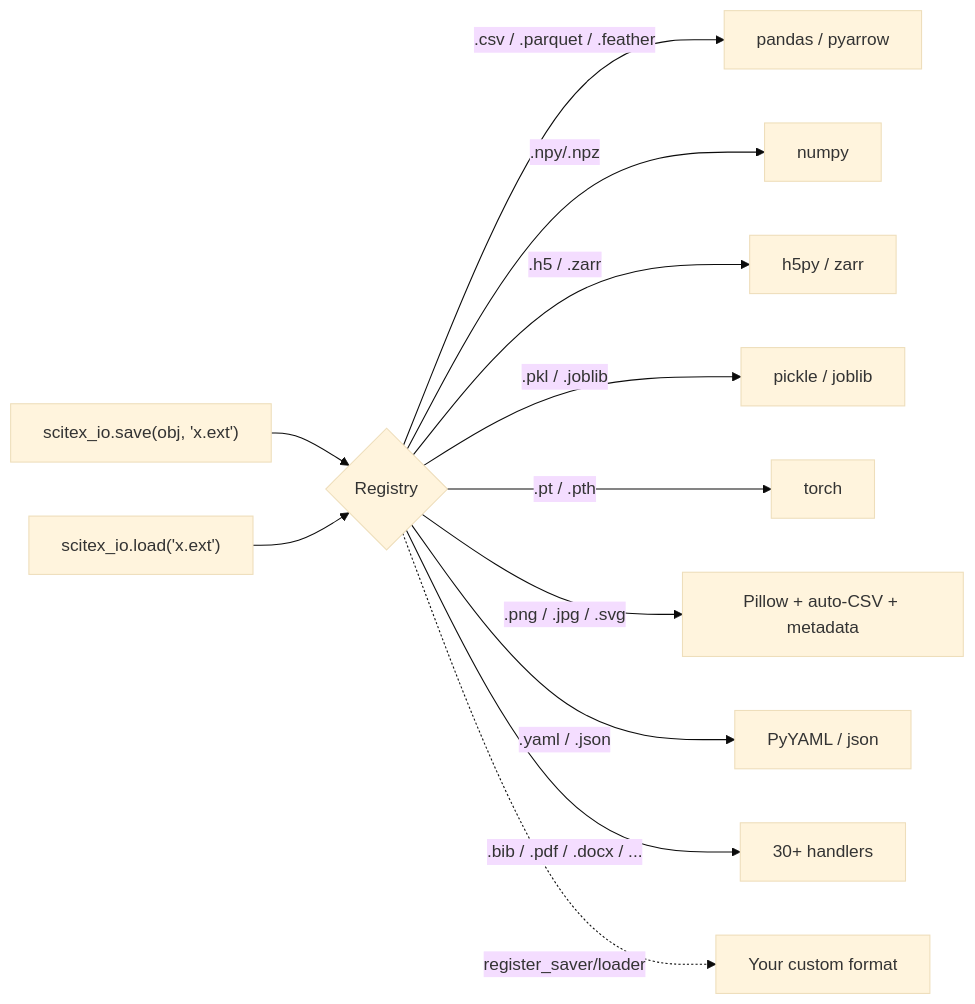
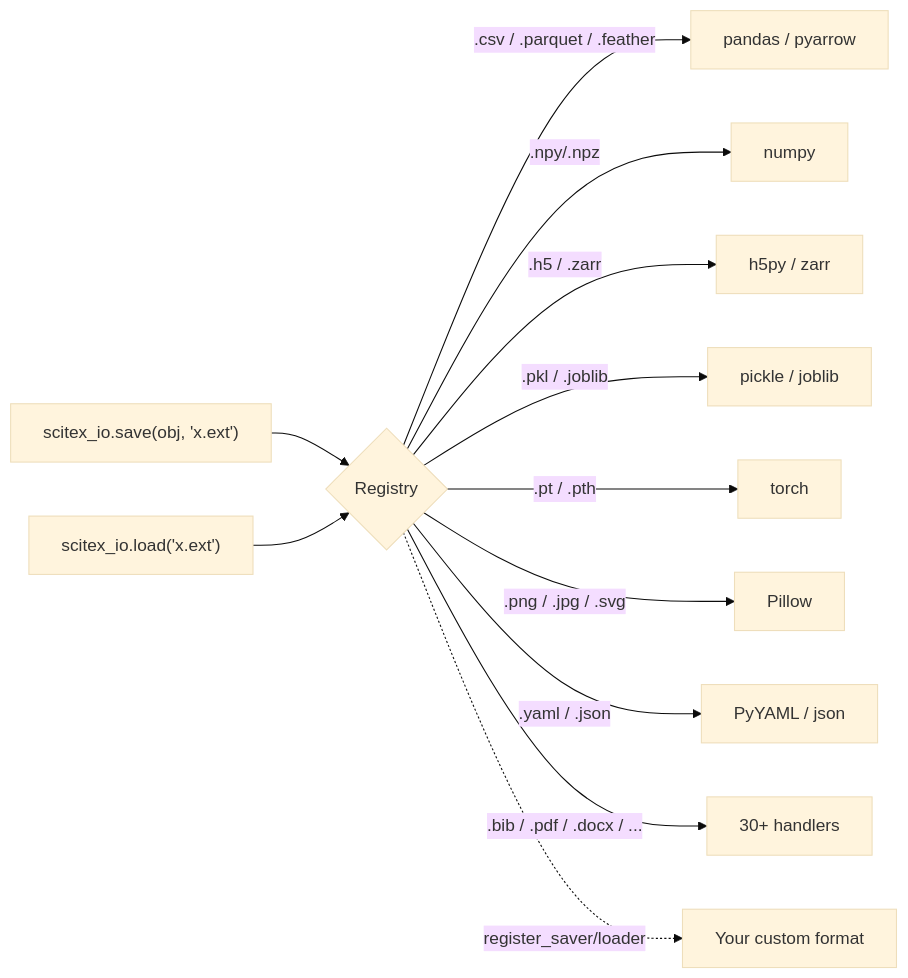
Before and after one commit to ywatanabe1989/scitex-io: the first of 2 diagrams in README.md, drawn with Mermaid (base theme). The commit also changed other lines of this file, not shown here.

Commit message:
docs(readme): drop figrecipe-synergy leftovers (auto-CSV sidecar in mermaid, demo comment, no_csv example)

````diff
--- a/README.md
+++ b/README.md
@@ -109,14 +106,14 @@
 ```mermaid
 flowchart LR
     A["scitex_io.save(obj, 'x.ext')"] --> B{Registry}
     L["scitex_io.load('x.ext')"] --> B
     B -->|.csv / .parquet / .feather| C[pandas / pyarrow]
     B -->|.npy/.npz| D[numpy]
     B -->|.h5 / .zarr| E[h5py / zarr]
     B -->|.pkl / .joblib| F[pickle / joblib]
     B -->|.pt / .pth| G[torch]
-    B -->|.png / .jpg / .svg| H[Pillow + auto-CSV + metadata]
+    B -->|.png / .jpg / .svg| H[Pillow]
     B -->|.yaml / .json| I[PyYAML / json]
     B -->|.bib / .pdf / .docx / ...| J[30+ handlers]
     B -.->|register_saver/loader| K[Your custom format]
 ```
````
